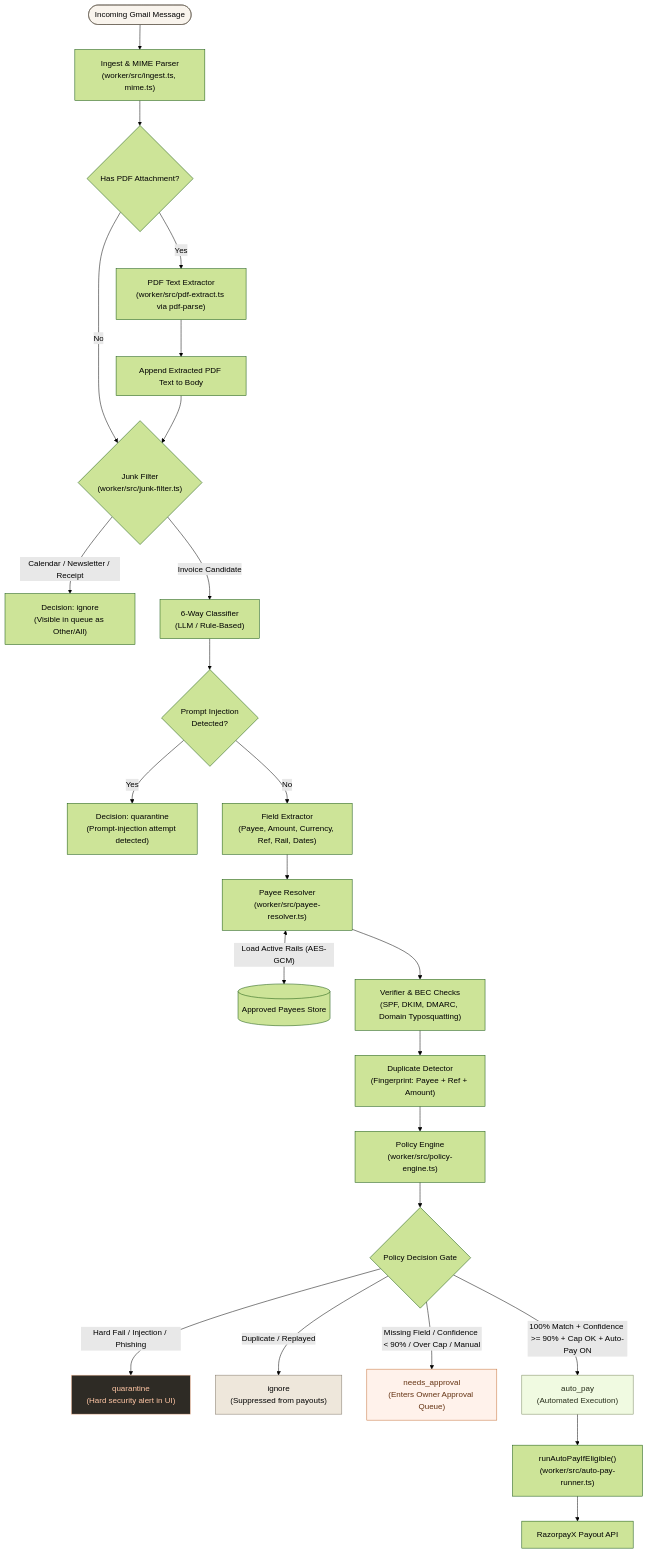
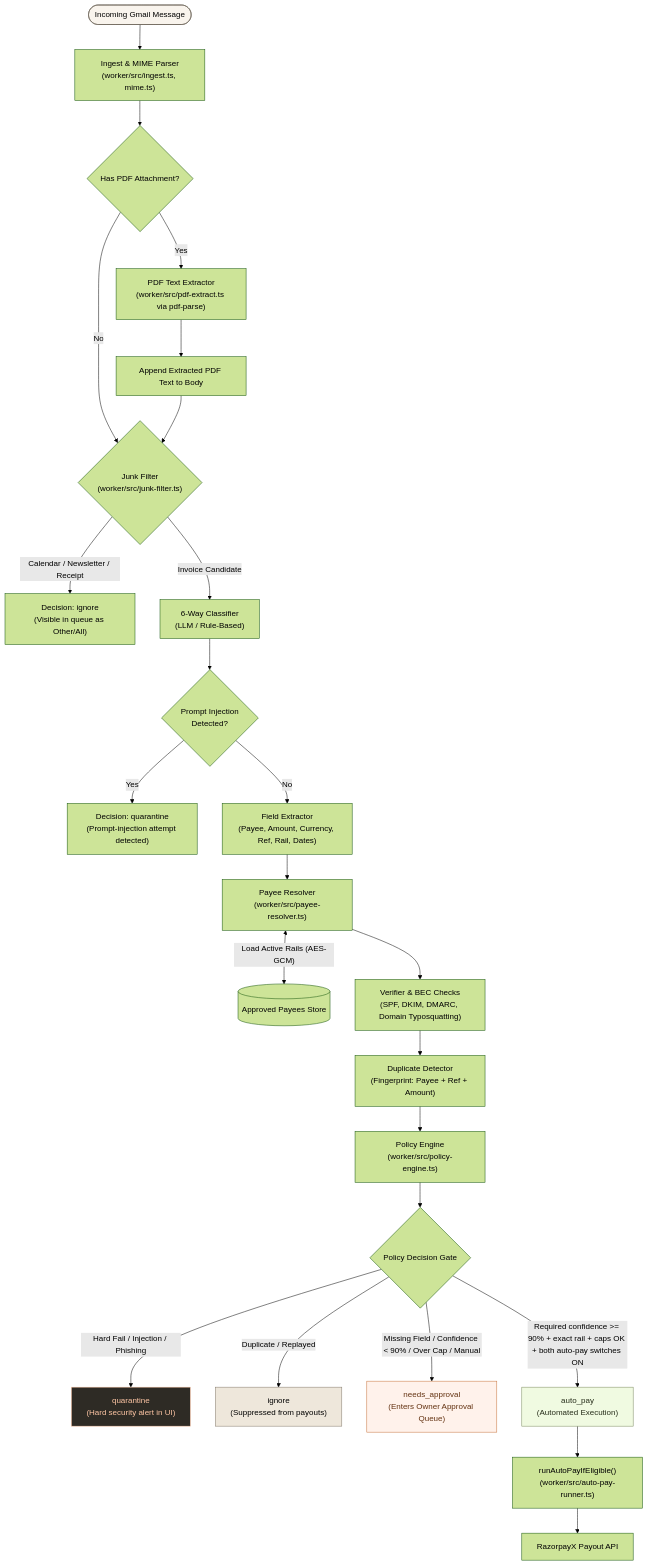
One commit to HkSolDev/pay-agent changed the third of 5 diagrams in docs/ARCHITECTURE.md. Above: the diagram before and after it, drawn with Mermaid (forest theme). The commit also changed other lines of this file, not shown here.

Commit message:
Correct architecture implementation details

````diff
--- a/docs/ARCHITECTURE.md
+++ b/docs/ARCHITECTURE.md
@@ -109,41 +109,41 @@
 ```mermaid
 flowchart TD
     START(["Incoming Gmail Message"]) --> INGEST["Ingest & MIME Parser\n(worker/src/ingest.ts, mime.ts)"]
 
     INGEST --> PDF_CHECK{"Has PDF Attachment?"}
     PDF_CHECK -- Yes --> PDF_PARSE["PDF Text Extractor\n(worker/src/pdf-extract.ts via pdf-parse)"]
     PDF_PARSE --> APPEND_TEXT["Append Extracted PDF Text to Body"]
     PDF_CHECK -- No --> JUNK_CHECK
     APPEND_TEXT --> JUNK_CHECK
 
     JUNK_CHECK{"Junk Filter\n(worker/src/junk-filter.ts)"}
     JUNK_CHECK -- Calendar / Newsletter / Receipt --> IGNORE_LABEL["Decision: ignore\n(Visible in queue as Other/All)"]
     JUNK_CHECK -- Invoice Candidate --> CLASSIFIER["6-Way Classifier\n(LLM / Rule-Based)"]
 
     CLASSIFIER --> INJ_CHECK{"Prompt Injection\nDetected?"}
     INJ_CHECK -- Yes --> QUARANTINE_INJ["Decision: quarantine\n(Prompt-injection attempt detected)"]
     INJ_CHECK -- No --> EXTRACTOR["Field Extractor\n(Payee, Amount, Currency, Ref, Rail, Dates)"]
 
     EXTRACTOR --> RESOLVER["Payee Resolver\n(worker/src/payee-resolver.ts)"]
     RESOLVER <-->|"Load Active Rails (AES-GCM)"| PAYEE_STORE[("Approved Payees Store")]
 
     RESOLVER --> VERIFIER["Verifier & BEC Checks\n(SPF, DKIM, DMARC, Domain Typosquatting)"]
     VERIFIER --> DUP_CHECK["Duplicate Detector\n(Fingerprint: Payee + Ref + Amount)"]
     DUP_CHECK --> POLICY_ENGINE["Policy Engine\n(worker/src/policy-engine.ts)"]
 
     POLICY_ENGINE --> DECISION{"Policy Decision Gate"}
 
     DECISION -- "Hard Fail / Injection / Phishing" --> QUARANTINE["quarantine\n(Hard security alert in UI)"]
     DECISION -- "Duplicate / Replayed" --> IGNORE["ignore\n(Suppressed from payouts)"]
     DECISION -- "Missing Field / Confidence < 90% / Over Cap / Manual" --> NEEDS_APP["needs_approval\n(Enters Owner Approval Queue)"]
-    DECISION -- "100% Match + Confidence >= 90% + Cap OK + Auto-Pay ON" --> AUTO_PAY["auto_pay\n(Automated Execution)"]
+    DECISION -- "Required confidence >= 90% + exact rail + caps OK + both auto-pay switches ON" --> AUTO_PAY["auto_pay\n(Automated Execution)"]
 
     AUTO_PAY --> EXECUTE_AUTO["runAutoPayIfEligible()\n(worker/src/auto-pay-runner.ts)"]
     EXECUTE_AUTO --> RAZORPAY_OUT["RazorpayX Payout API"]
 
     style START fill:#f9f4ed,stroke:#645c50
     style QUARANTINE fill:#2e2b25,stroke:#ffc6a5,color:#ffc6a5
     style IGNORE fill:#eee7db,stroke:#82796a
     style NEEDS_APP fill:#fff2eb,stroke:#c67139,color:#643312
     style AUTO_PAY fill:#f0fae1,stroke:#7a8a5e,color:#272e1b
 ```
````
